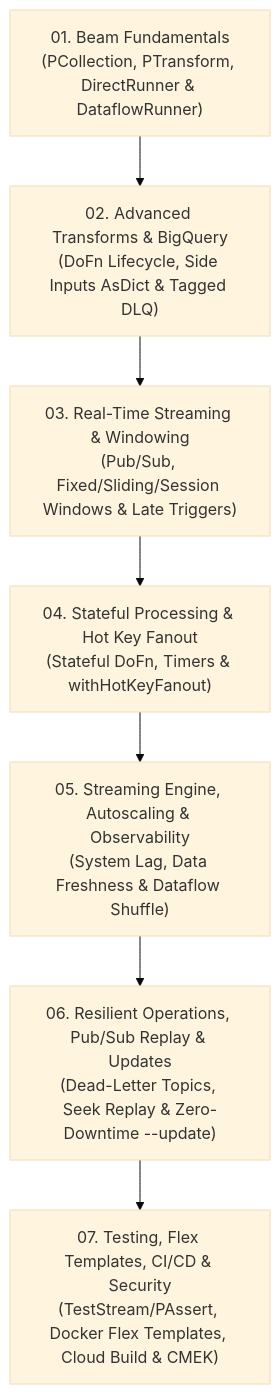
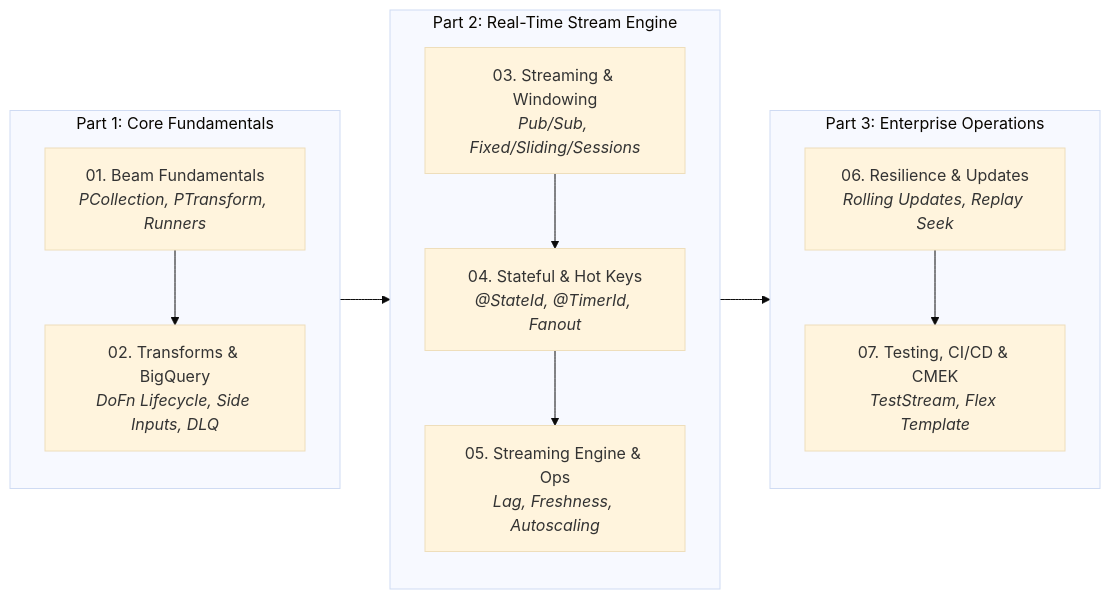
Before and after one commit to EilinLux/dataflow-workshops: the third of 3 diagrams in README.md, drawn with Mermaid (base theme). The commit also changed other lines of this file and 30 other files, not shown here.

Commit message:
docs: redraw and pack all mermaid diagrams into compact horizontal layouts

````diff
--- a/README.md
+++ b/README.md
@@ -146,12 +143,26 @@
 ```mermaid
-flowchart TD
-    CH1["01. Beam Fundamentals\n(PCollection, PTransform, DirectRunner & DataflowRunner)"]
-    CH2["02. Advanced Transforms & BigQuery\n(DoFn Lifecycle, Side Inputs AsDict & Tagged DLQ)"]
-    CH3["03. Real-Time Streaming & Windowing\n(Pub/Sub, Fixed/Sliding/Session Windows & Late Triggers)"]
-    CH4["04. Stateful Processing & Hot Key Fanout\n(Stateful DoFn, Timers & withHotKeyFanout)"]
-    CH5["05. Streaming Engine, Autoscaling & Observability\n(System Lag, Data Freshness & Dataflow Shuffle)"]
-    CH6["06. Resilient Operations, Pub/Sub Replay & Updates\n(Dead-Letter Topics, Seek Replay & Zero-Downtime --update)"]
-    CH7["07. Testing, Flex Templates, CI/CD & Security\n(TestStream/PAssert, Docker Flex Templates, Cloud Build & CMEK)"]
+flowchart LR
+    subgraph P1["Part 1: Core Fundamentals"]
+        direction TB
+        CH1["01. Beam Fundamentals<br/><i>PCollection, PTransform, Runners</i>"]
+        CH2["02. Transforms & BigQuery<br/><i>DoFn Lifecycle, Side Inputs, DLQ</i>"]
+        CH1 --> CH2
+    end
 
-    CH1 --> CH2 --> CH3 --> CH4 --> CH5 --> CH6 --> CH7
+    subgraph P2["Part 2: Real-Time Stream Engine"]
+        direction TB
+        CH3["03. Streaming & Windowing<br/><i>Pub/Sub, Fixed/Sliding/Sessions</i>"]
+        CH4["04. Stateful & Hot Keys<br/><i>@StateId, @TimerId, Fanout</i>"]
+        CH5["05. Streaming Engine & Ops<br/><i>Lag, Freshness, Autoscaling</i>"]
+        CH3 --> CH4 --> CH5
+    end
+
+    subgraph P3["Part 3: Enterprise Operations"]
+        direction TB
+        CH6["06. Resilience & Updates<br/><i>Rolling Updates, Replay Seek</i>"]
+        CH7["07. Testing, CI/CD & CMEK<br/><i>TestStream, Flex Template</i>"]
+        CH6 --> CH7
+    end
+
+    P1 --> P2 --> P3
 ```
````
